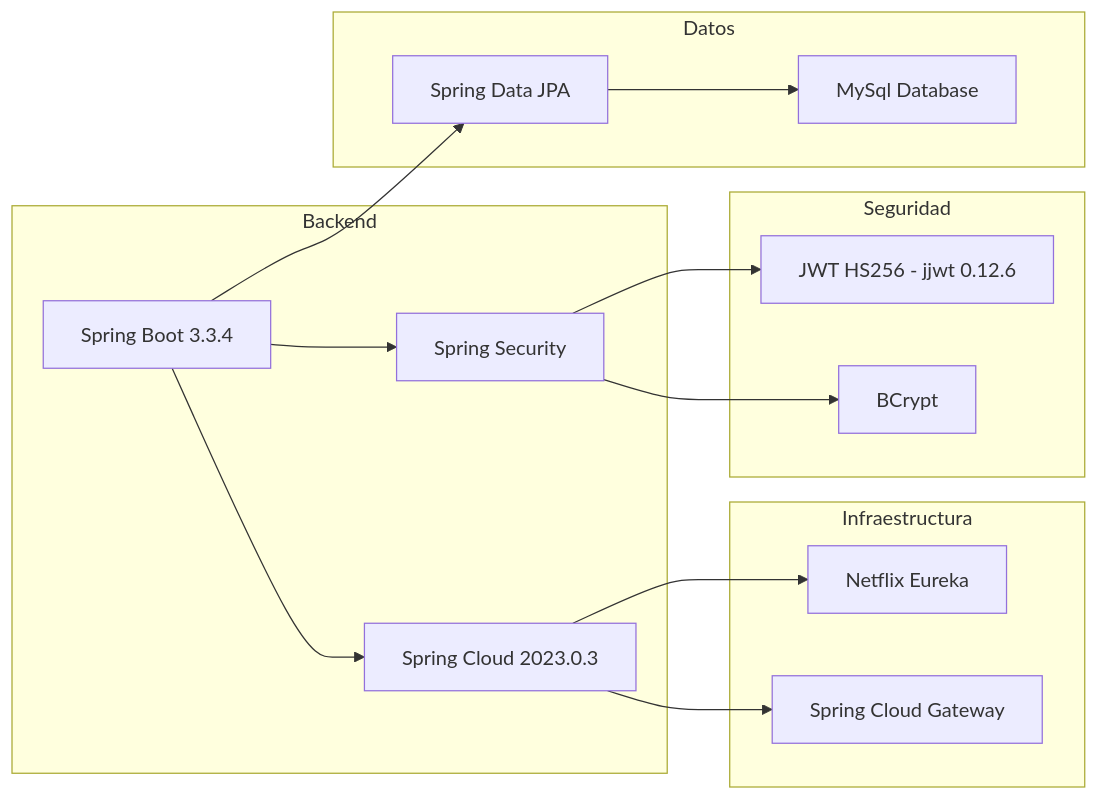
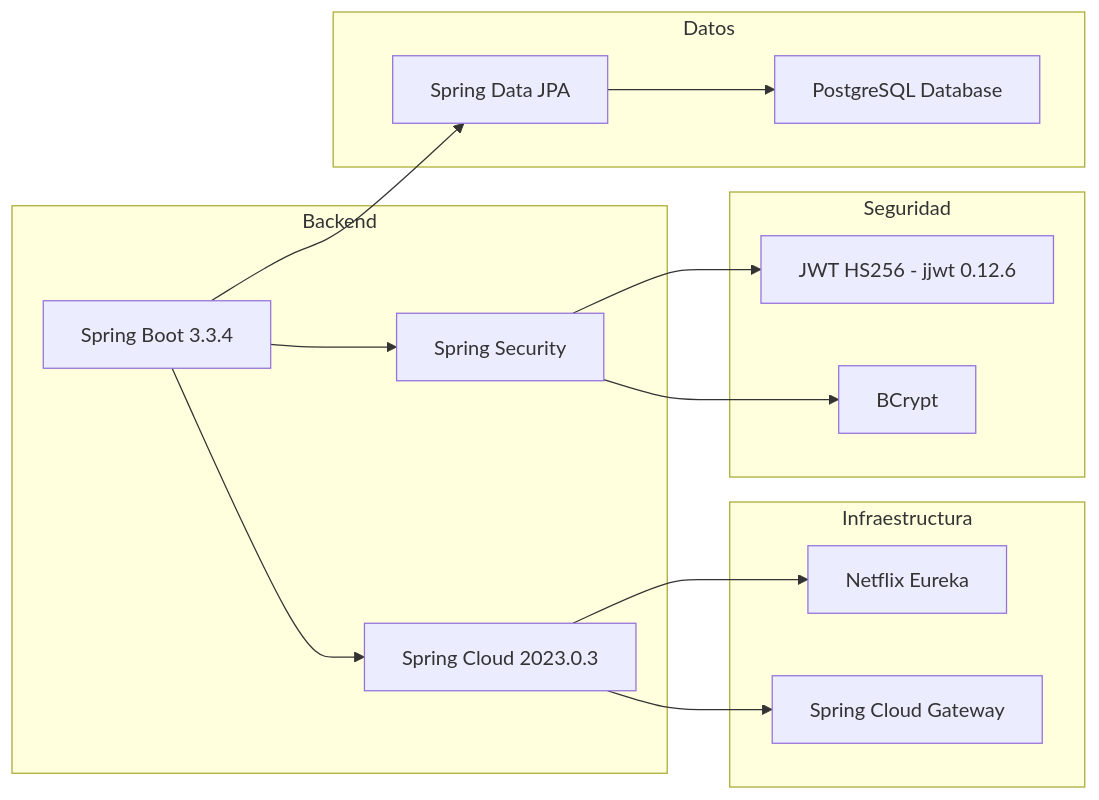
One commit to ByAncort/ETL-BACKEND changed the fifth of 7 diagrams in README.md. Above: the diagram before and after it, drawn with Mermaid. The commit also changed other lines of this file and 10 other files, not shown here.

````diff
--- a/README.md
+++ b/README.md
@@ -192,32 +206,32 @@
 ```mermaid
 graph LR
     subgraph Backend
         SB["Spring Boot 3.3.4"]
         SC["Spring Cloud 2023.0.3"]
         SS["Spring Security"]
     end
 
     subgraph Infraestructura
         EU["Netflix Eureka"]
         SCG["Spring Cloud Gateway"]
     end
 
     subgraph Seguridad
         JWT["JWT HS256 - jjwt 0.12.6"]
         BC["BCrypt"]
     end
 
     subgraph Datos
-        MYSQL["MySql Database"]
+        DB["PostgreSQL Database"]
         JPA["Spring Data JPA"]
     end
 
     SB --> SC
     SC --> EU
     SC --> SCG
     SB --> SS
     SS --> JWT
     SS --> BC
     SB --> JPA
-    JPA --> MYSQL
+    JPA --> DB
 ```
````
